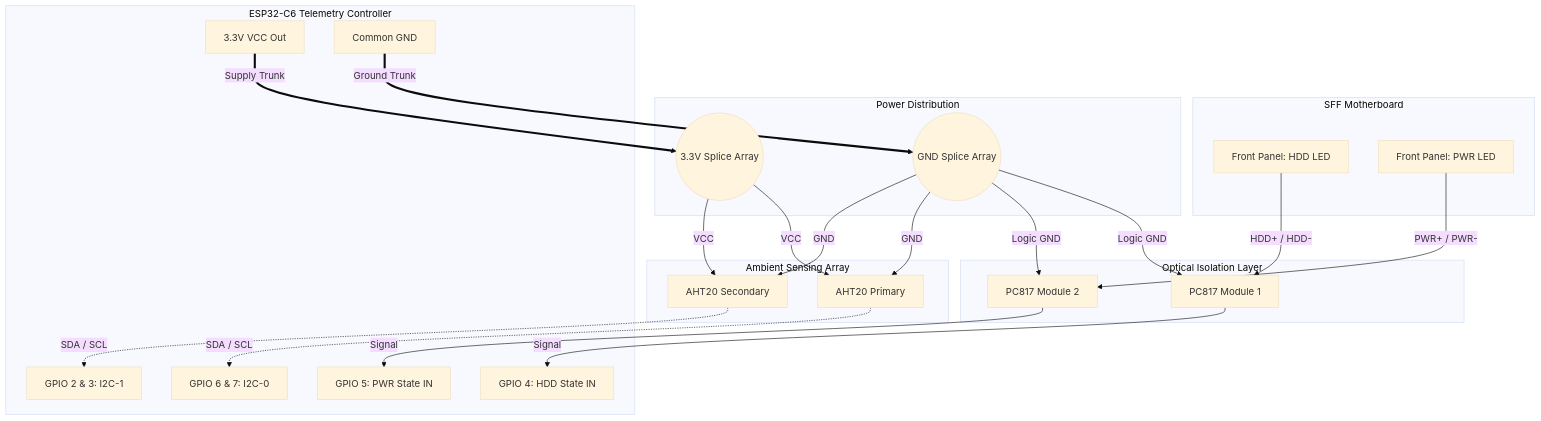
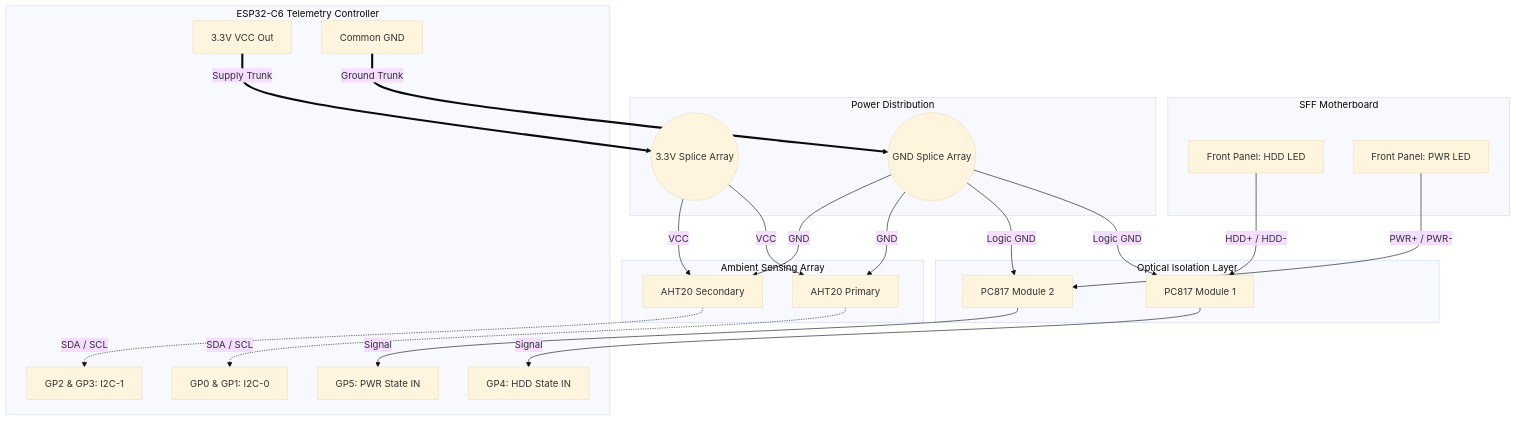
One commit to aniva/random-stuff changed the diagram in sff_case_9L_01/telemetry_display/agents.md. Above: the diagram before and after it, drawn with Mermaid (base theme). The commit also changed other lines of this file, not shown here.

````diff
--- a/sff_case_9L_01/telemetry_display/agents.md
+++ b/sff_case_9L_01/telemetry_display/agents.md
@@ -32,55 +32,55 @@
 ```mermaid
 graph TD
     subgraph SFF Motherboard
         MB_HDD[Front Panel: HDD LED]
         MB_PWR[Front Panel: PWR LED]
     end
 
     subgraph Optical Isolation Layer
         OPTO_HDD[PC817 Module 1]
         OPTO_PWR[PC817 Module 2]
     end
 
     subgraph Power Distribution
         V33_SPLICE((3.3V Splice Array))
         GND_SPLICE((GND Splice Array))
     end
 
     subgraph ESP32-C6 Telemetry Controller
         V33[3.3V VCC Out]
         GND[Common GND]
-        GPIO4[GPIO 4: HDD State IN]
-        GPIO5[GPIO 5: PWR State IN]
-        GPIO6_7[GPIO 6 & 7: I2C-0]
-        GPIO2_3[GPIO 2 & 3: I2C-1]
+        GPIO4[GP4: HDD State IN]
+        GPIO5[GP5: PWR State IN]
+        GPIO0_1[GP0 & GP1: I2C-0]
+        GPIO2_3[GP2 & GP3: I2C-1]
     end
 
     subgraph Ambient Sensing Array
         AHT1[AHT20 Primary]
         AHT2[AHT20 Secondary]
     end
 
     %% High Voltage / Isolated Side
     MB_HDD -->|HDD+ / HDD-| OPTO_HDD
     MB_PWR -->|PWR+ / PWR-| OPTO_PWR
 
     %% Main Power Trunks (ESP32 to Splice Blocks)
     V33 ==>|Supply Trunk| V33_SPLICE
     GND ==>|Ground Trunk| GND_SPLICE
 
     %% 3.3V Distribution
     V33_SPLICE -->|VCC| AHT1
     V33_SPLICE -->|VCC| AHT2
 
     %% GND Distribution (Logic Side)
     GND_SPLICE -->|Logic GND| OPTO_HDD
     GND_SPLICE -->|Logic GND| OPTO_PWR
     GND_SPLICE -->|GND| AHT1
     GND_SPLICE -->|GND| AHT2
 
     %% Signal Routing
     OPTO_HDD -->|Signal| GPIO4
     OPTO_PWR -->|Signal| GPIO5
-    AHT1 -.->|SDA / SCL| GPIO6_7
+    AHT1 -.->|SDA / SCL| GPIO0_1
     AHT2 -.->|SDA / SCL| GPIO2_3
 ```
````
